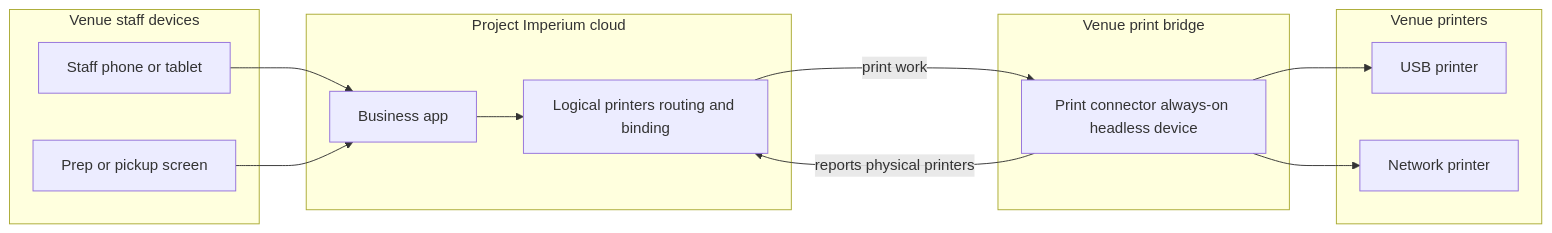
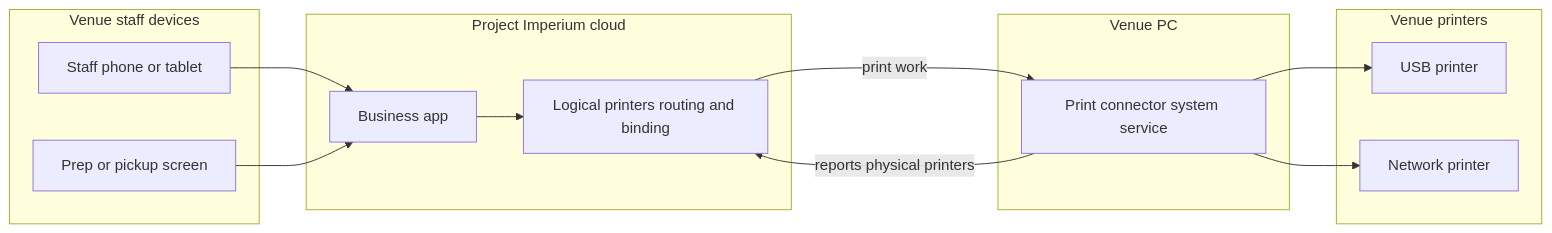
Before and after one commit to jpsm83/restaurant-pos: the diagram in docs/product/printers-and-screens.md, drawn with Mermaid. The commit also changed other lines of this file and 15 other files, not shown here.

````diff
--- a/docs/product/printers-and-screens.md
+++ b/docs/product/printers-and-screens.md
@@ -110,29 +129,29 @@
 ```mermaid
 flowchart LR
   subgraph venueStaff [Venue staff devices]
     Phone[Staff phone or tablet]
     Screen[Prep or pickup screen]
   end
 
   subgraph cloud [Project Imperium cloud]
     App[Business app]
     Logic[Logical printers routing and binding]
   end
 
-  subgraph venueBridge [Venue print bridge]
-    Conn[Print connector always-on headless device]
+  subgraph venueHost [Venue PC]
+    Conn[Print connector system service]
   end
 
   subgraph venuePrint [Venue printers]
     USB[USB printer]
     LAN[Network printer]
   end
 
   Phone --> App
   Screen --> App
   App --> Logic
   Logic -->|"print work"| Conn
   Conn -->|"reports physical printers"| Logic
   Conn --> USB
   Conn --> LAN
 ```
````
